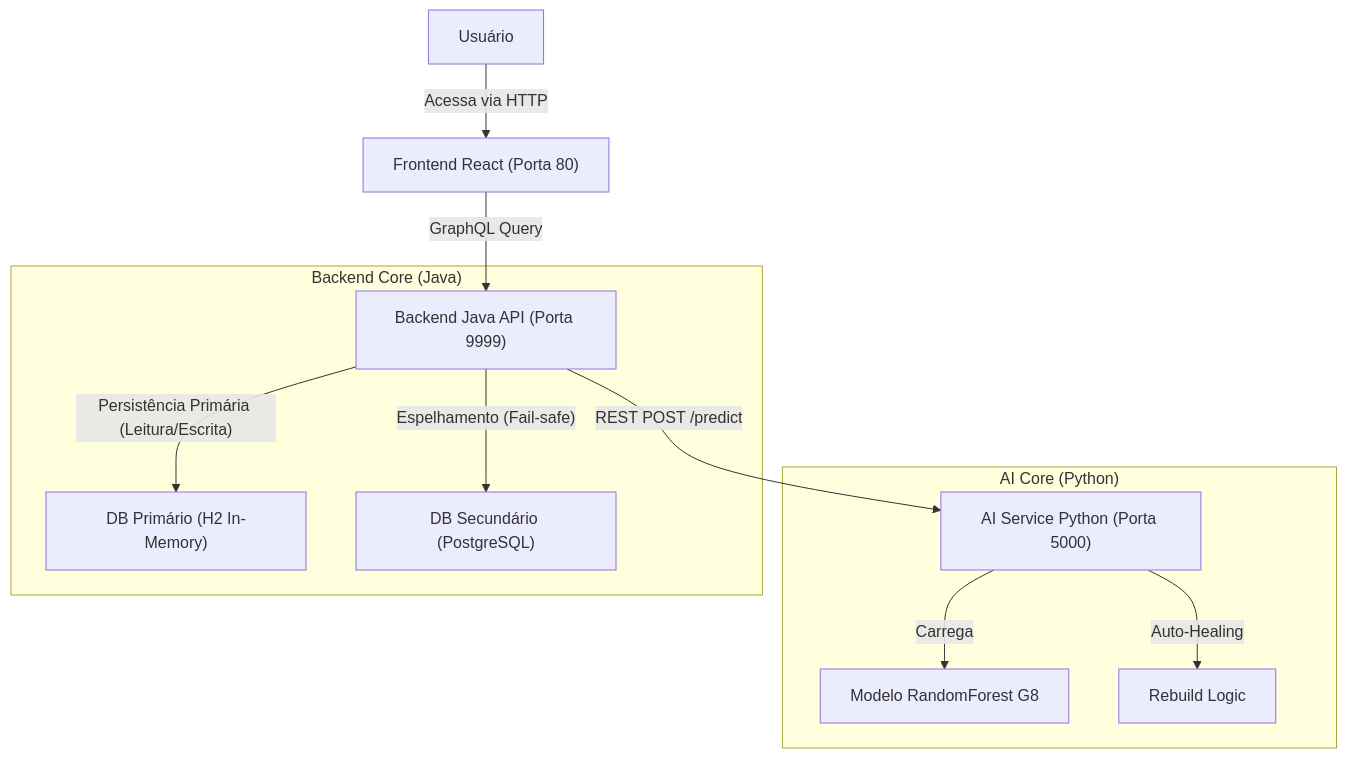
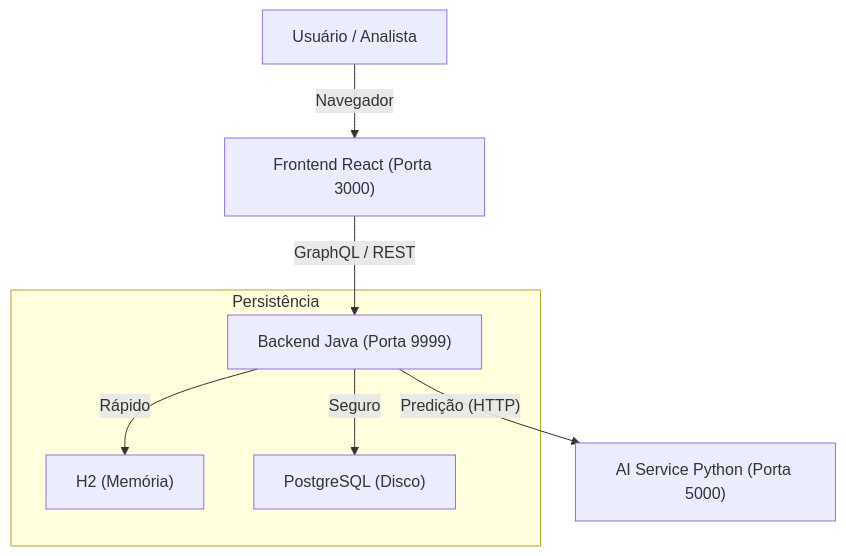
The diagram in README.md (rafaelreisramos/ML-API-REST-HIBRIDA-HACKATHON-ONE-8), drawn with Mermaid before and after one commit. The commit also changed other lines of this file, not shown here.

````diff
--- a/README.md
+++ b/README.md
@@ -89,16 +98,11 @@
 ```mermaid
 graph TD
-    User["Usuário"] -->|Acessa via HTTP| UI["Frontend React (Porta 80)"]
-    UI -->|"GraphQL Query"| API["Backend Java API (Porta 9999)"]
-    API -->|"REST POST /predict"| AI["AI Service Python (Porta 5000)"]
+    User["Usuário / Analista"] -->|Navegador| UI["Frontend React (Porta 3000)"]
+    UI -->|"GraphQL / REST"| API["Backend Java (Porta 9999)"]
+    API -->|"Predição (HTTP)"| AI["AI Service Python (Porta 5000)"]
     
-    subgraph "AI Core (Python)"
-    AI -->|"Carrega"| Model["Modelo RandomForest G8"]
-    AI -->|"Auto-Healing"| Rebuild["Rebuild Logic"]
-    end
-    
-    subgraph "Backend Core (Java)"
-    API -->|"Persistência Primária (Leitura/Escrita)"| H2["DB Primário (H2 In-Memory)"]
-    API -->|"Espelhamento (Fail-safe)"| PG["DB Secundário (PostgreSQL)"]
+    subgraph "Persistência"
+    API -->|"Rápido"| H2["H2 (Memória)"]
+    API -->|" Seguro"| PG["PostgreSQL (Disco)"]
     end
 ```
````
